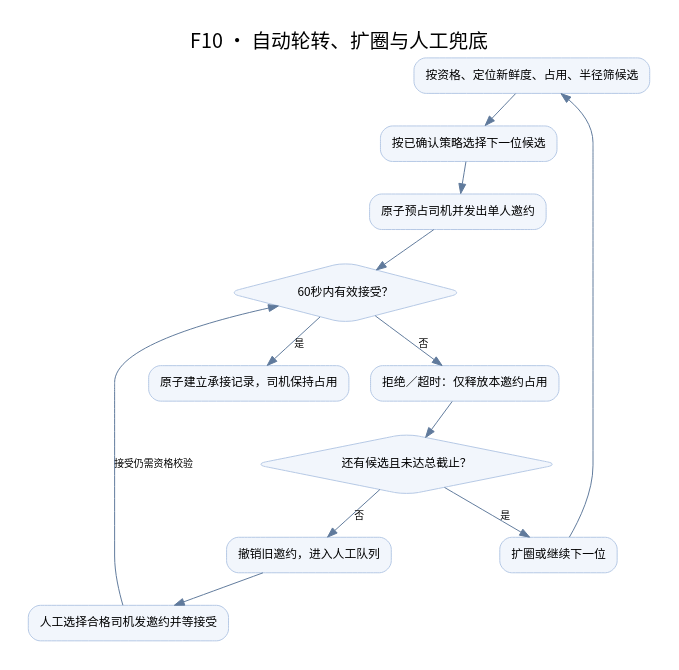
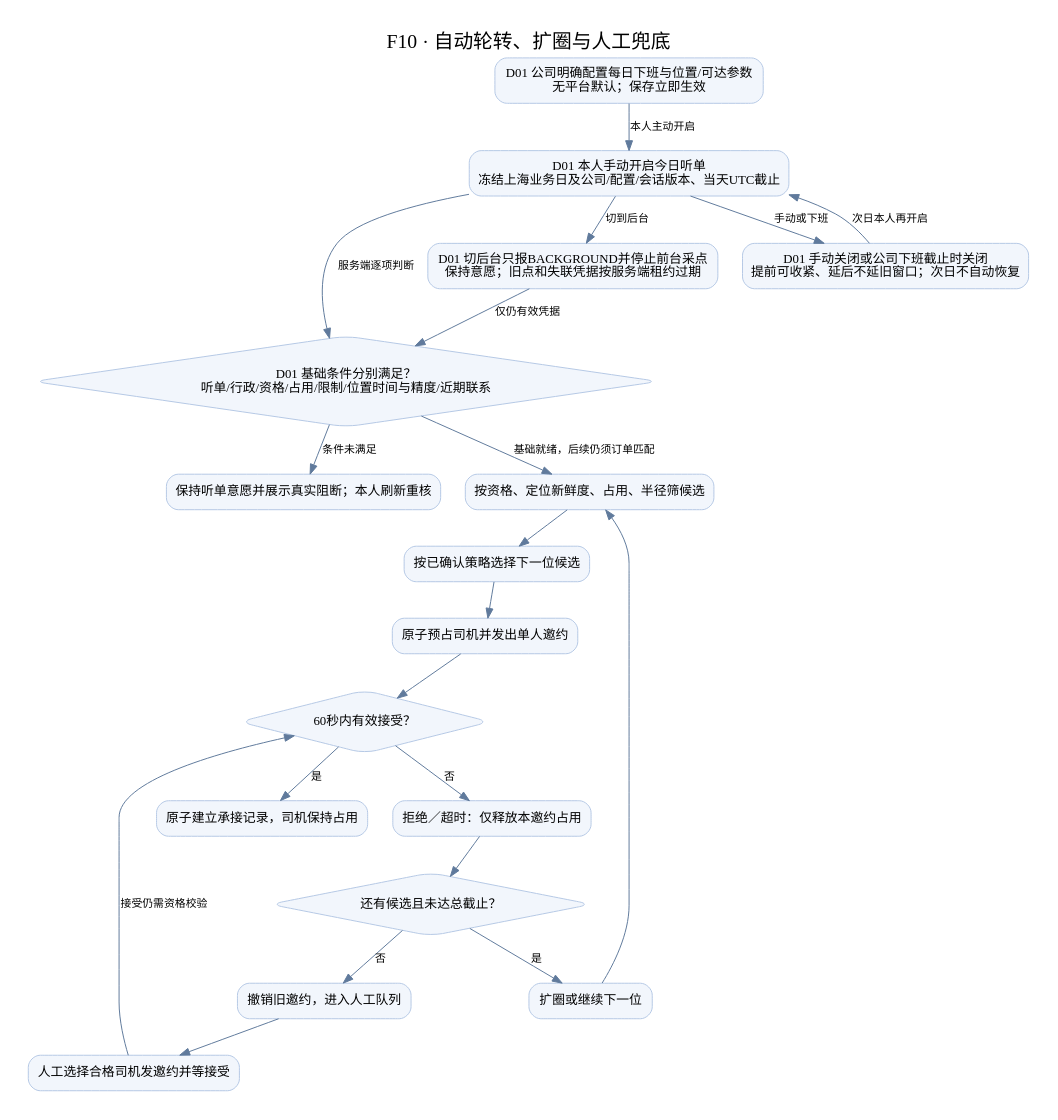
The diagram in docs/vehicle/V6.4/08_业务流程图/DOT/F10.dot (chanbeishui/xinyi), drawn with Graphviz before and after one commit. The commit also changed 304 other files, not shown here.

```diff
--- a/docs/vehicle/V6.4/08_业务流程图/DOT/F10.dot
+++ b/docs/vehicle/V6.4/08_业务流程图/DOT/F10.dot
@@ -1,26 +1,40 @@
 digraph G {
-graph [rankdir=TB,bgcolor="white",pad="0.3",nodesep="0.3",ranksep="0.45",fontname="Noto Sans CJK SC",label="F10 · 自动轮转、扩圈与人工兜底",labelloc=t,fontsize=20];
-node [shape=box,style="rounded,filled",fillcolor="#F2F6FC",color="#B5C9E5",fontname="Noto Sans CJK SC",fontsize=12,margin=".15,.12"];
-edge [color="#607A9C",fontname="Noto Sans CJK SC",fontsize=10];
-n1 [label="按资格、定位新鲜度、占用、半径筛候选"];
-n2 [label="按已确认策略选择下一位候选"];
-n3 [label="原子预占司机并发出单人邀约"];
-n4 [label="60秒内有效接受？",shape=diamond];
-n5 [label="原子建立承接记录，司机保持占用"];
-n6 [label="拒绝／超时：仅释放本邀约占用"];
-n7 [label="还有候选且未达总截止？",shape=diamond];
-n8 [label="扩圈或继续下一位"];
-n9 [label="撤销旧邀约，进入人工队列"];
-n10 [label="人工选择合格司机发邀约并等接受"];
-n1 -> n2 [label=""];
-n2 -> n3 [label=""];
-n3 -> n4 [label=""];
-n4 -> n5 [label="是"];
-n4 -> n6 [label="否"];
-n6 -> n7 [label=""];
-n7 -> n8 [label="是"];
-n8 -> n1 [label=""];
-n7 -> n9 [label="否"];
-n9 -> n10 [label=""];
-n10 -> n4 [label="接受仍需资格校验"];
+  graph [rankdir=TB,bgcolor="white",pad="0.3",nodesep="0.35",ranksep="0.5",fontname="PingFang SC",label="F10 · 自动轮转、扩圈与人工兜底",labelloc=t,fontsize=20];
+  node [shape=box,style="rounded,filled",fillcolor="#F2F6FC",color="#B5C9E5",fontname="PingFang SC",fontsize=13,margin=".15,.12"];
+  edge [color="#607A9C",fontname="PingFang SC",fontsize=11];
+  d01config [label="D01 公司明确配置每日下班与位置/可达参数\n无平台默认；保存立即生效"];
+  d01intent [label="D01 本人手动开启今日听单\n冻结上海业务日及公司/配置/会话版本、当天UTC截止"];
+  d01background [label="D01 切后台只报BACKGROUND并停止前台采点\n保持意愿；旧点和失联凭据按服务端租约过期"];
+  d01close [label="D01 手动关闭或公司下班截止时关闭\n提前可收紧、延后不延旧窗口；次日不自动恢复"];
+  d01base [label="D01 基础条件分别满足？\n听单/行政/资格/占用/限制/位置时间与精度/近期联系",shape=diamond];
+  d01blocked [label="保持听单意愿并展示真实阻断；本人刷新重核"];
+  n1 [label="按资格、定位新鲜度、占用、半径筛候选"];
+  n2 [label="按已确认策略选择下一位候选"];
+  n3 [label="原子预占司机并发出单人邀约"];
+  n4 [label="60秒内有效接受？",shape=diamond];
+  n5 [label="原子建立承接记录，司机保持占用"];
+  n6 [label="拒绝／超时：仅释放本邀约占用"];
+  n7 [label="还有候选且未达总截止？",shape=diamond];
+  n8 [label="扩圈或继续下一位"];
+  n9 [label="撤销旧邀约，进入人工队列"];
+  n10 [label="人工选择合格司机发邀约并等接受"];
+  d01config -> d01intent [label="本人主动开启"];
+  d01intent -> d01base [label="服务端逐项判断"];
+  d01intent -> d01background [label="切到后台"];
+  d01background -> d01base [label="仅仍有效凭据"];
+  d01intent -> d01close [label="手动或下班"];
+  d01close -> d01intent [label="次日本人再开启"];
+  d01base -> n1 [label="基础就绪，后续仍须订单匹配"];
+  n1 -> n2 [label=""];
+  n2 -> n3 [label=""];
+  n3 -> n4 [label=""];
+  n4 -> n5 [label="是"];
+  n4 -> n6 [label="否"];
+  n6 -> n7 [label=""];
+  n7 -> n8 [label="是"];
+  n8 -> n1 [label=""];
+  n7 -> n9 [label="否"];
+  n9 -> n10 [label=""];
+  n10 -> n4 [label="接受仍需资格校验"];
+  d01base -> d01blocked [label="条件未满足"];
 }
```
